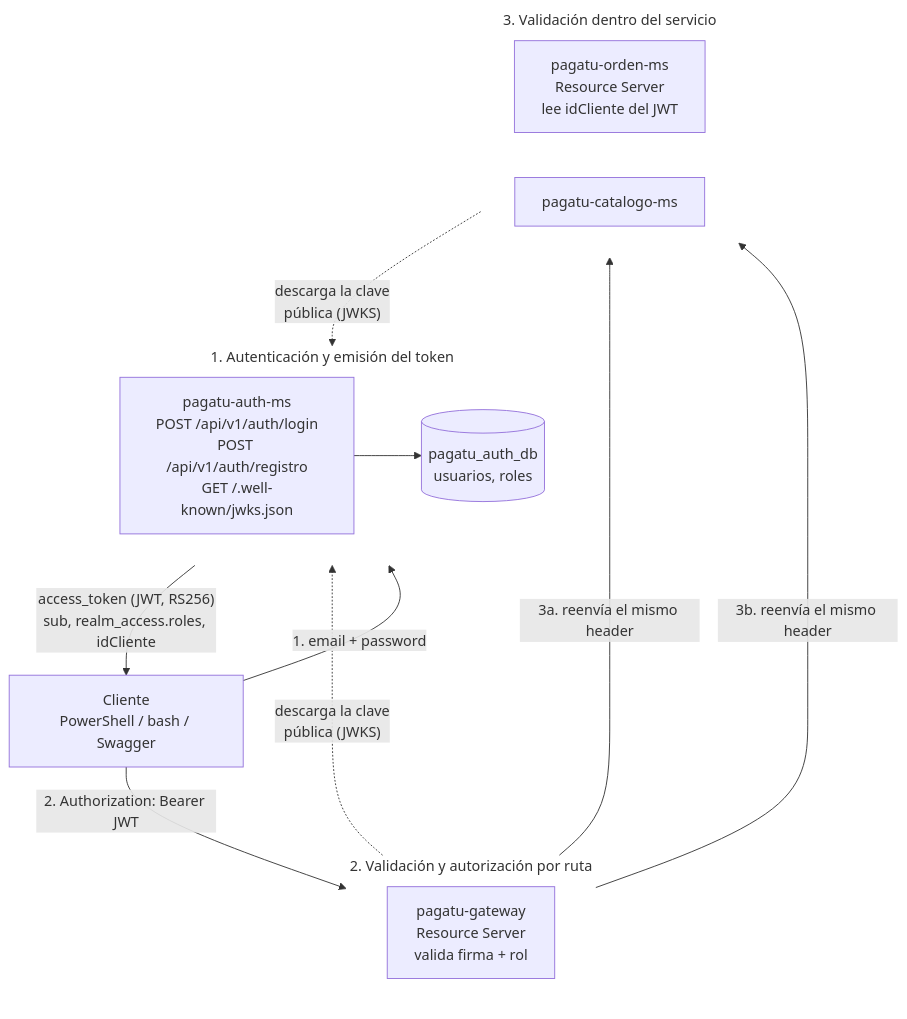
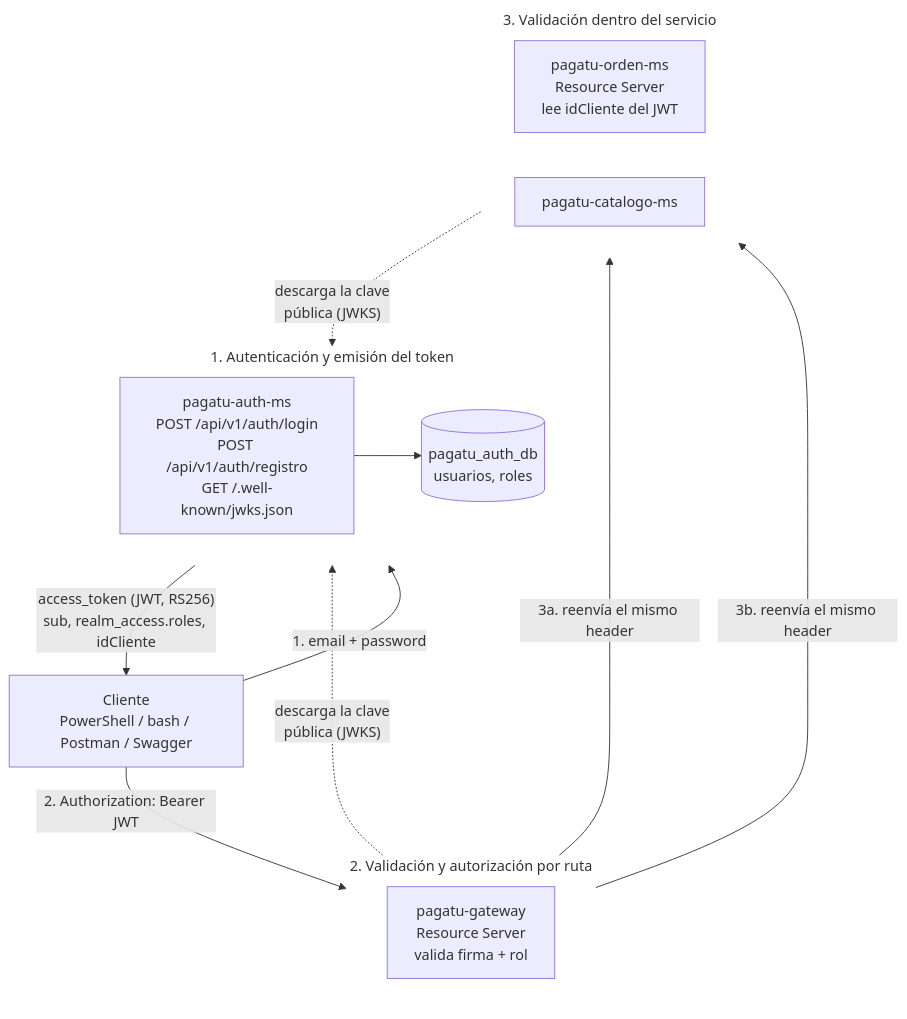
Before and after one commit to 262dist/pagatu: the second of 7 diagrams in docs/sesiones/S07_Seguridad_Distribuida_Control_Acceso.md, drawn with Mermaid. The commit also changed other lines of this file and 4 other files, not shown here.

````diff
--- a/docs/sesiones/S07_Seguridad_Distribuida_Control_Acceso.md
+++ b/docs/sesiones/S07_Seguridad_Distribuida_Control_Acceso.md
@@ -131,34 +131,34 @@
 ```mermaid
 flowchart TB
-    Cliente["Cliente<br/>PowerShell / bash / Swagger"]
+    Cliente["Cliente<br/>PowerShell / bash / Postman / Swagger"]
 
     subgraph Paso1["1. Autenticación y emisión del token"]
         direction LR
         Auth["pagatu-auth-ms<br/>POST /api/v1/auth/login<br/>POST /api/v1/auth/registro<br/>GET /.well-known/jwks.json"]
         AuthDB[("pagatu_auth_db<br/>usuarios, roles")]
         Auth --> AuthDB
     end
 
     subgraph Paso2["2. Validación y autorización por ruta"]
         direction LR
         GW["pagatu-gateway<br/>Resource Server<br/>valida firma + rol"]
     end
 
     subgraph Paso3["3. Validación dentro del servicio"]
         direction LR
         Orden["pagatu-orden-ms<br/>Resource Server<br/>lee idCliente del JWT"]
         Catalogo["pagatu-catalogo-ms"]
     end
 
     Cliente -->|"1. email + password"| Auth
     Auth -->|"access_token (JWT, RS256)<br/>sub, realm_access.roles, idCliente"| Cliente
     Cliente -->|"2. Authorization: Bearer JWT"| GW
     GW -->|"3a. reenvía el mismo header"| Orden
     GW -->|"3b. reenvía el mismo header"| Catalogo
     GW -. "descarga la clave<br/>pública (JWKS)" .-> Auth
     Orden -. "descarga la clave<br/>pública (JWKS)" .-> Auth
 
     style Paso1 fill:transparent,stroke:transparent
     style Paso2 fill:transparent,stroke:transparent
     style Paso3 fill:transparent,stroke:transparent
 ```
````
